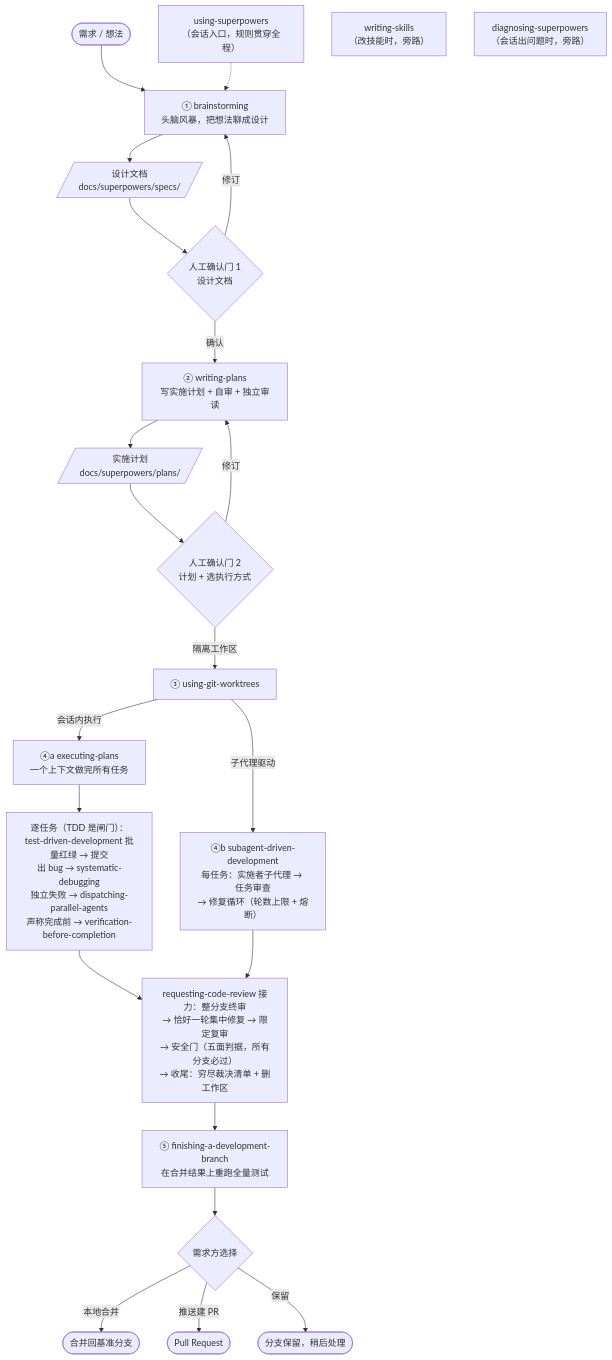
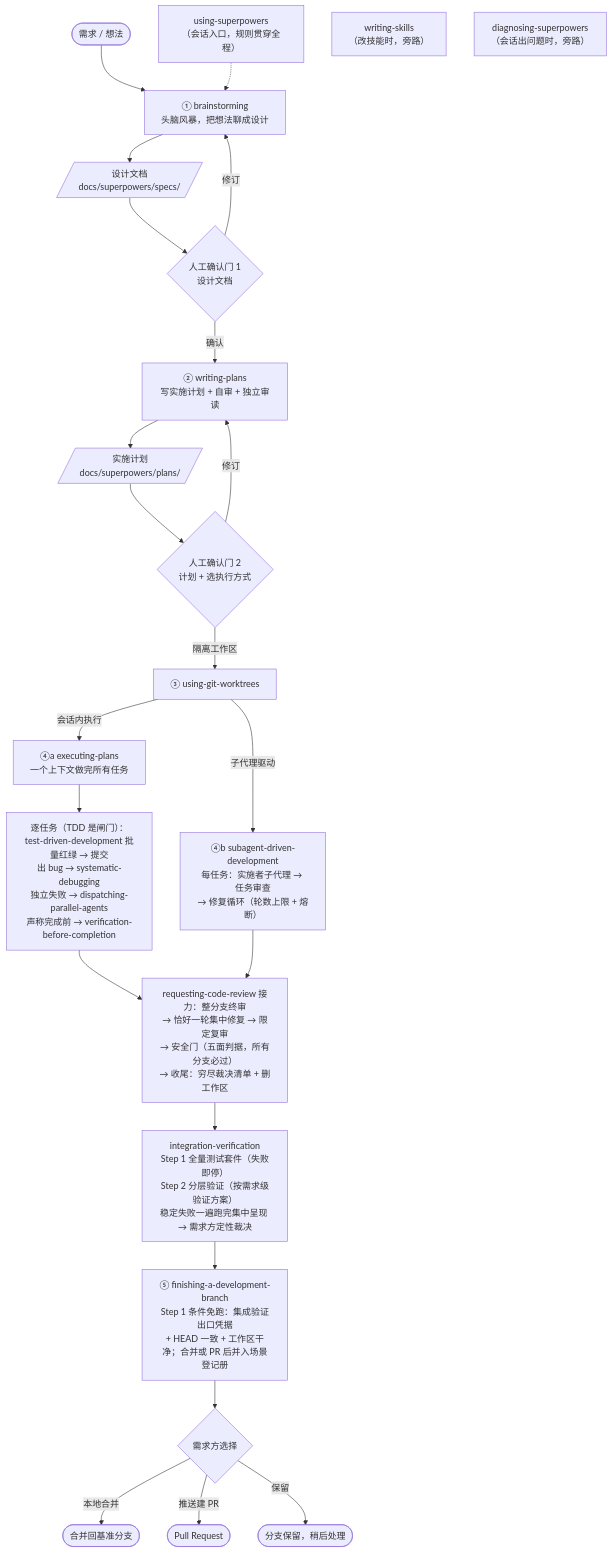
The diagram in docs/skills-map.md (chuxiao/superpowers), drawn with Mermaid before and after one commit. The commit also changed other lines of this file and 7 other files, not shown here.

First line of the commit message:
挂载集成验证进收官链路并同步既有技能与地图

````diff
--- a/docs/skills-map.md
+++ b/docs/skills-map.md
@@ -8,31 +8,32 @@
 ```mermaid
 flowchart TD
     US["using-superpowers<br/>（会话入口，规则贯穿全程）"]
     IDEA([需求 / 想法]) --> BS
     US -.-> BS
 
     BS["① brainstorming<br/>头脑风暴，把想法聊成设计"] --> SPEC[/"设计文档<br/>docs/superpowers/specs/"/]
     SPEC --> G1{"人工确认门 1<br/>设计文档"}
     G1 -- "修订" --> BS
     G1 -- "确认" --> WP["② writing-plans<br/>写实施计划 + 自审 + 独立审读"]
     WP --> PLAN[/"实施计划<br/>docs/superpowers/plans/"/]
     PLAN --> G2{"人工确认门 2<br/>计划 + 选执行方式"}
     G2 -- "修订" --> WP
 
     G2 -- "隔离工作区" --> WT["③ using-git-worktrees"]
     WT -- "会话内执行" --> EP["④a executing-plans<br/>一个上下文做完所有任务"]
     WT -- "子代理驱动" --> SDD["④b subagent-driven-development<br/>每任务：实施者子代理 → 任务审查<br/>→ 修复循环（轮数上限 + 熔断）"]
 
     EP --> LOOP["逐任务（TDD 是闸门）：<br/>test-driven-development 批量红绿 → 提交<br/>出 bug → systematic-debugging<br/>独立失败 → dispatching-parallel-agents<br/>声称完成前 → verification-before-completion"]
     LOOP --> CR
 
     SDD --> CR["requesting-code-review 接力：整分支终审<br/>→ 恰好一轮集中修复 → 限定复审<br/>→ 安全门（五面判据，所有分支必过）<br/>→ 收尾：穷尽裁决清单 + 删工作区"]
-    CR --> FIN["⑤ finishing-a-development-branch<br/>在合并结果上重跑全量测试"]
+    CR --> IV["integration-verification<br/>Step 1 全量测试套件（失败即停）<br/>Step 2 分层验证（按需求级验证方案）<br/>稳定失败一遍跑完集中呈现 → 需求方定性裁决"]
+    IV --> FIN["⑤ finishing-a-development-branch<br/>Step 1 条件免跑：集成验证出口凭据<br/>+ HEAD 一致 + 工作区干净；合并或 PR 后并入场景登记册"]
     FIN --> DEC{"需求方选择"}
     DEC -- "本地合并" --> M([合并回基准分支])
     DEC -- "推送建 PR" --> P([Pull Request])
     DEC -- "保留" --> K([分支保留，稍后处理])
 
     WS["writing-skills<br/>（改技能时，旁路）"]
     DS["diagnosing-superpowers<br/>（会话出问题时，旁路）"]
 ```
````
